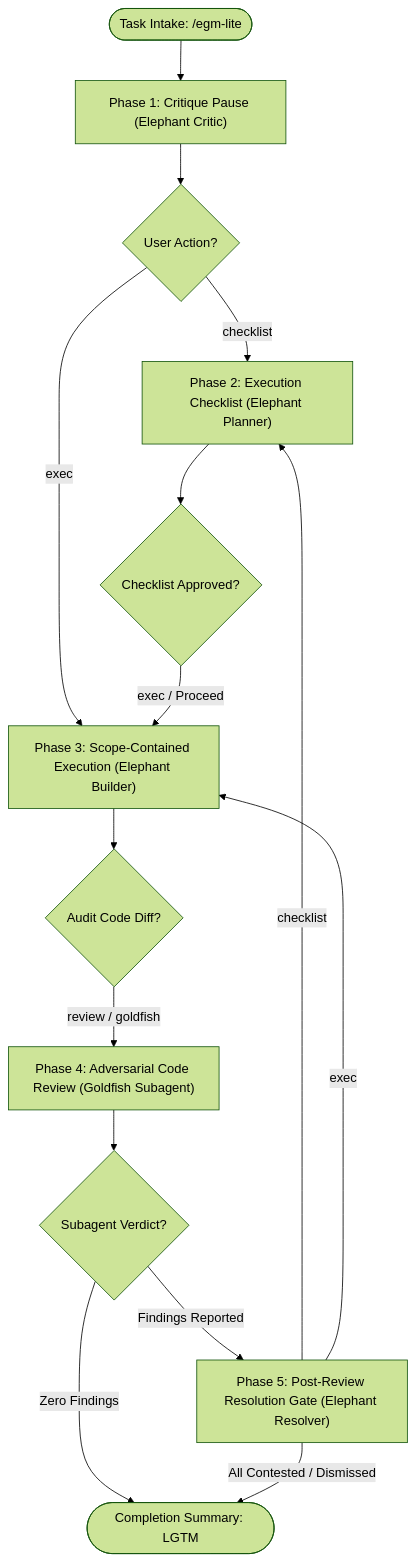
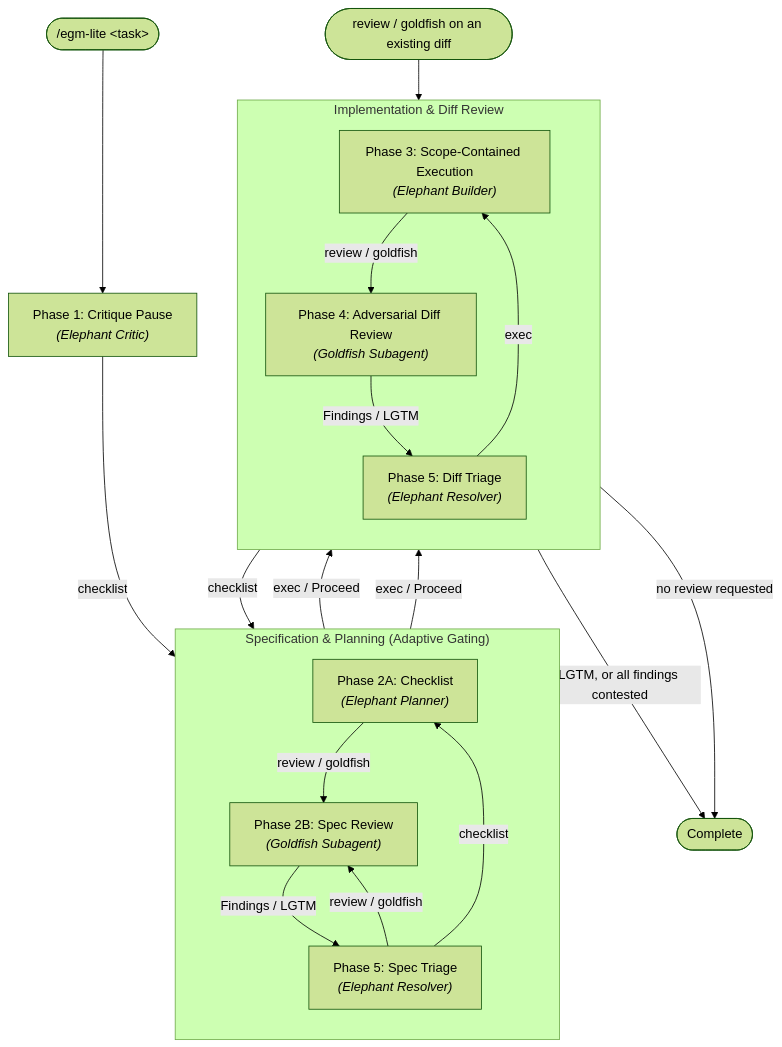
The diagram in docs/designs/lite.md (google/elephant-goldfish-model), drawn with Mermaid (forest theme) before and after one commit. The commit also changed other lines of this file and 19 other files, not shown here.

Commit message:
feat(skills): implement EGM Lite rapid engineering protocol (Stage 2) (#438)

````diff
--- a/docs/designs/lite.md
+++ b/docs/designs/lite.md
@@ -58,17 +69,37 @@
 ```mermaid
 flowchart TD
-    Start([Task Intake: /egm-lite]) --> P1["Phase 1: Critique Pause (Elephant Critic)"]
-    P1 --> Gate1{User Action?}
-    Gate1 -- checklist --> P2["Phase 2: Execution Checklist (Elephant Planner)"]
-    Gate1 -- exec --> P3["Phase 3: Scope-Contained Execution (Elephant Builder)"]
-    P2 --> Gate2{Checklist Approved?}
-    Gate2 -- exec / Proceed --> P3
-    P3 --> Gate3{Audit Code Diff?}
-    Gate3 -- review / goldfish --> P4["Phase 4: Adversarial Code Review (Goldfish Subagent)"]
-    P4 --> Gate4{Subagent Verdict?}
-    Gate4 -- Zero Findings --> Done([Completion Summary: LGTM])
-    Gate4 -- Findings Reported --> P5["Phase 5: Post-Review Resolution Gate (Elephant Resolver)"]
-    P5 -- checklist --> P2
-    P5 -- exec --> P3
-    P5 -- All Contested / Dismissed --> Done
+    Start(["/egm-lite &lt;task&gt;"]) --> CritiquePause
+    CritiquePause["Phase 1: Critique Pause<br/><i>(Elephant Critic)</i>"]
+
+    CritiquePause -->|"checklist"| ChecklistPhase
+
+    subgraph SpecStage ["Specification & Planning (Adaptive Gating)"]
+        direction TB
+        ChecklistPhase["Phase 2A: Checklist<br/><i>(Elephant Planner)</i>"]
+        SpecReview["Phase 2B: Spec Review<br/><i>(Goldfish Subagent)</i>"]
+        SpecResolution["Phase 5: Spec Triage<br/><i>(Elephant Resolver)</i>"]
+
+        ChecklistPhase -->|"review / goldfish"| SpecReview
+        SpecReview -->|"Findings / LGTM"| SpecResolution
+        SpecResolution -->|"checklist"| ChecklistPhase
+        SpecResolution -->|"review / goldfish"| SpecReview
+    end
+
+    subgraph DiffStage ["Implementation & Diff Review"]
+        direction TB
+        ExecPhase["Phase 3: Scope-Contained Execution<br/><i>(Elephant Builder)</i>"]
+        DiffReview["Phase 4: Adversarial Diff Review<br/><i>(Goldfish Subagent)</i>"]
+        DiffResolution["Phase 5: Diff Triage<br/><i>(Elephant Resolver)</i>"]
+
+        ExecPhase -->|"review / goldfish"| DiffReview
+        DiffReview -->|"Findings / LGTM"| DiffResolution
+        DiffResolution -->|"exec"| ExecPhase
+    end
+
+    ChecklistPhase -->|"exec / Proceed"| ExecPhase
+    SpecResolution -->|"exec / Proceed"| ExecPhase
+    DiffResolution -->|"checklist"| ChecklistPhase
+    DiffResolution -->|"LGTM, or all findings contested"| Done(["Complete"])
+    ExecPhase -->|"no review requested"| Done
+    ExistingDiff(["review / goldfish on an existing diff"]) --> DiffReview
 ```
````
